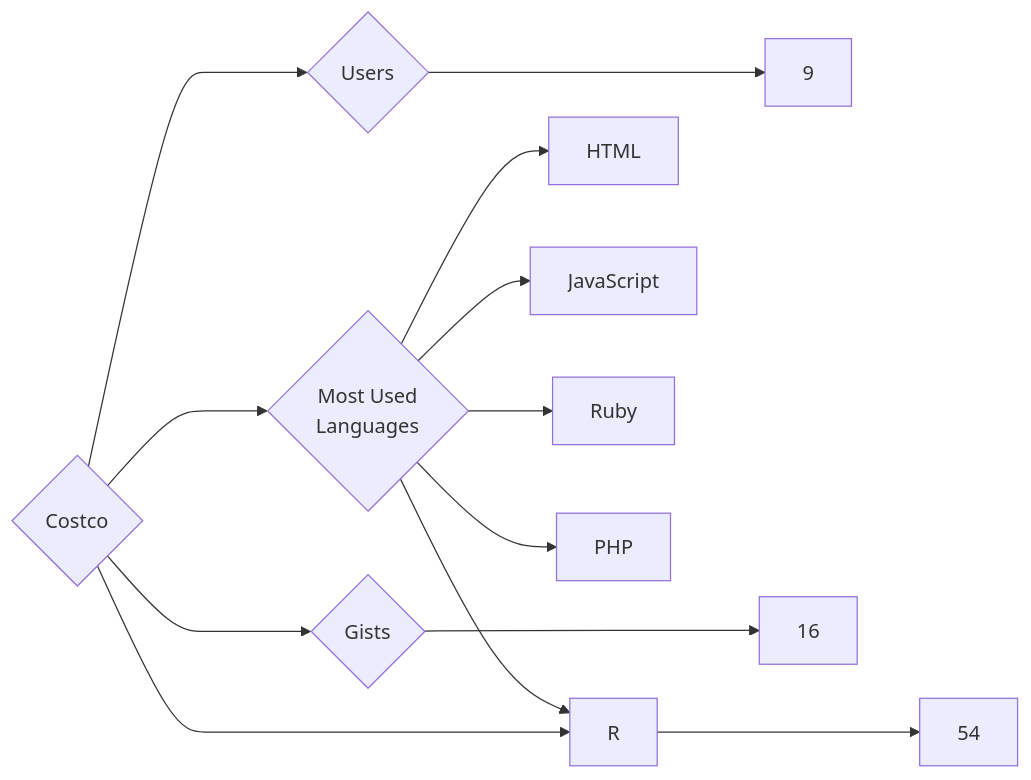
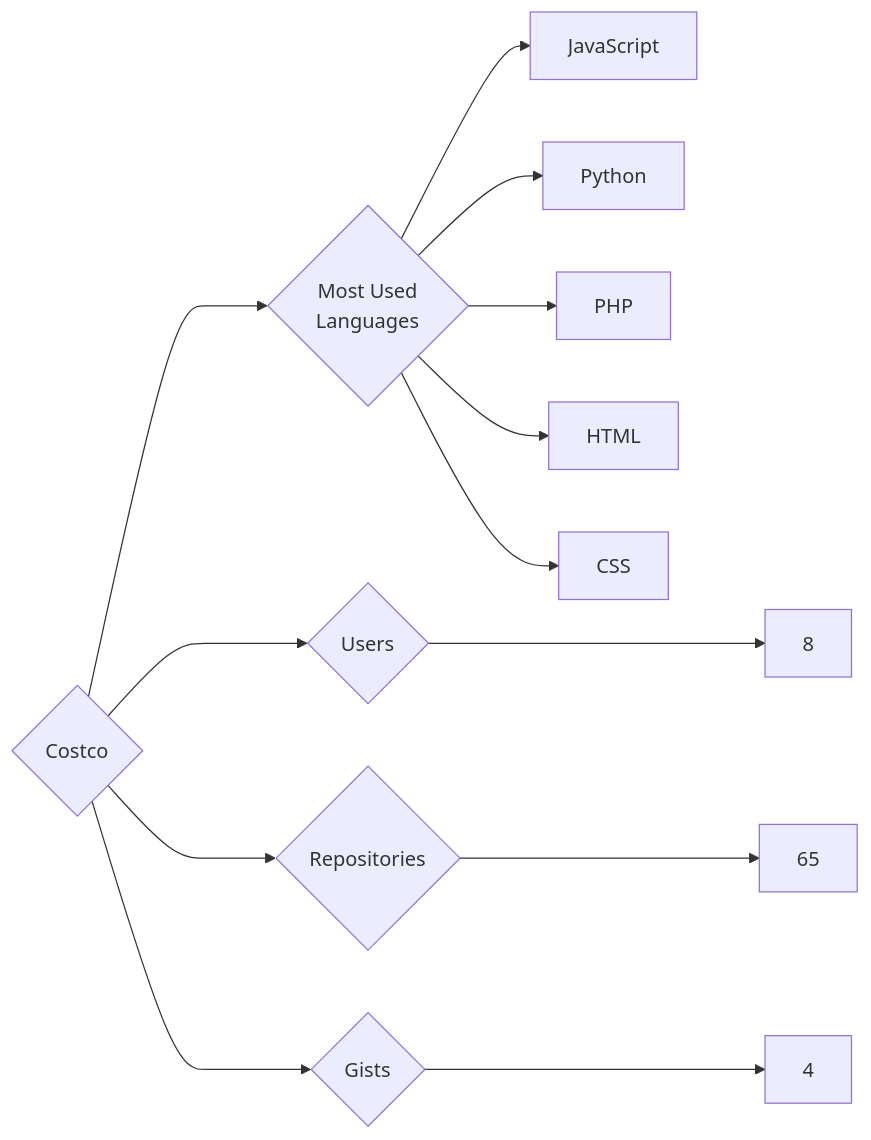
The diagram in targets/Costco/README.md (trickest/insiders), drawn with Mermaid before and after one commit. The commit also changed 1030 other files, not shown here.

````diff
--- a/targets/Costco/README.md
+++ b/targets/Costco/README.md
@@ -3,13 +3,13 @@
 ```mermaid
 graph LR
 COMPANY_NAME{Costco}
-COMPANY_NAME ---> U{Users} ---> UN[9]
-COMPANY_NAME ---> R{Repositories} ---> RN[54]
-COMPANY_NAME ---> G{Gists} ---> GN[16]
+COMPANY_NAME ---> U{Users} ---> UN[8]
+COMPANY_NAME ---> R{Repositories} ---> RN[65]
+COMPANY_NAME ---> G{Gists} ---> GN[4]
 COMPANY_NAME ---> ML{Most Used<br>Languages}
+ML --> JavaScript[JavaScript]
+ML --> Python[Python]
+ML --> PHP[PHP]
 ML --> HTML[HTML]
-ML --> JavaScript[JavaScript]
-ML --> Ruby[Ruby]
-ML --> R[R]
-ML --> PHP[PHP]
+ML --> CSS[CSS]
 ```
````
